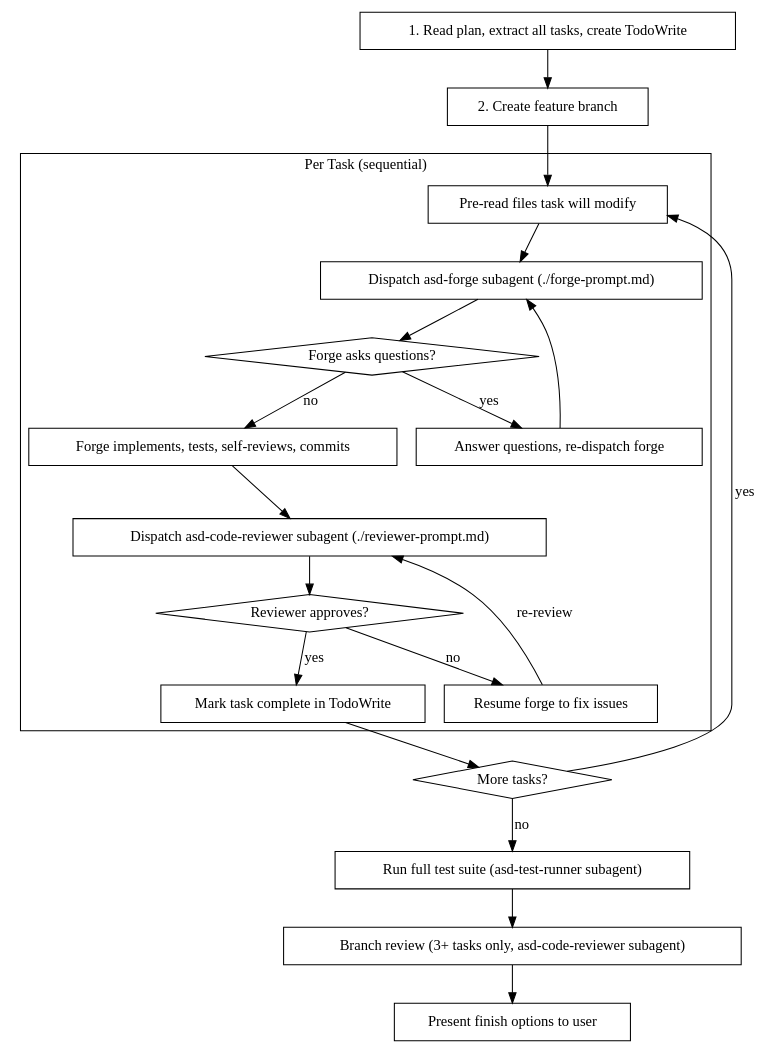
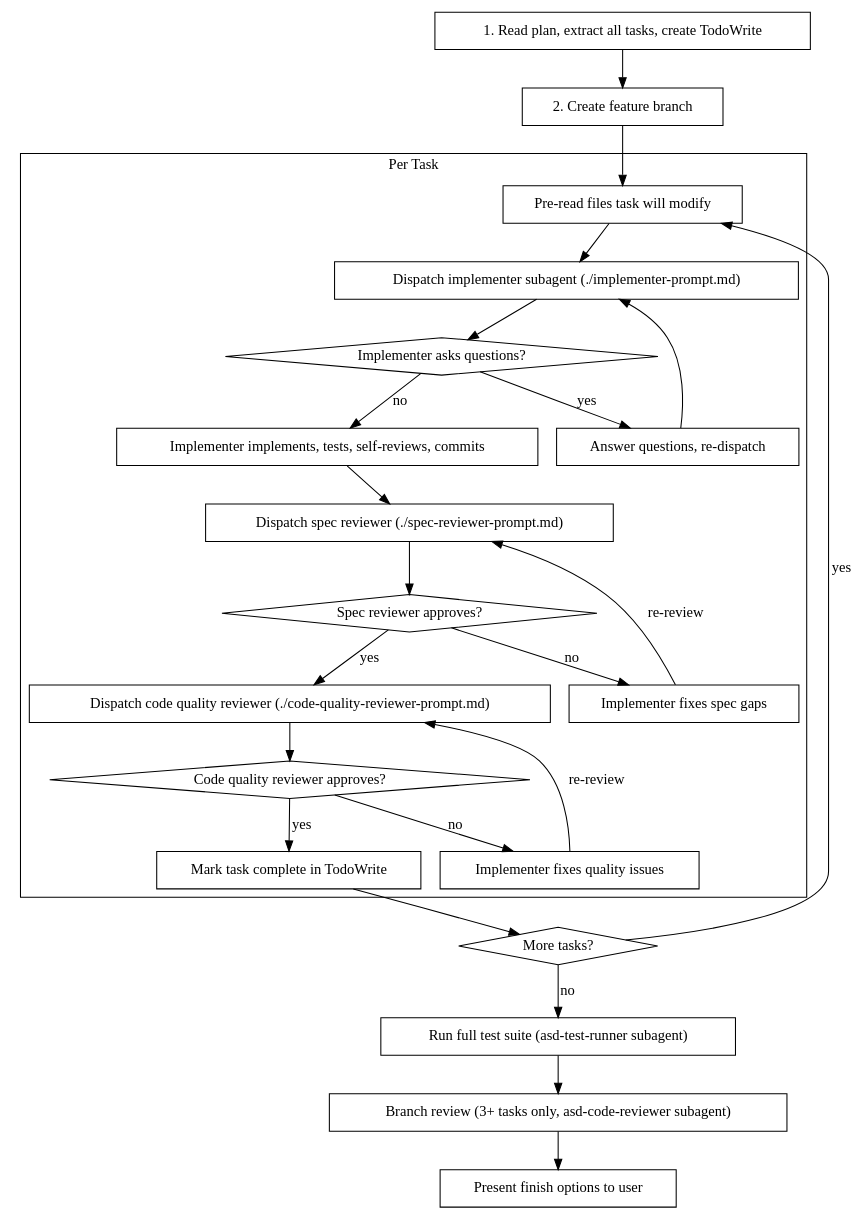
One commit to viminizer/asd changed the diagram in skills/execution-checkpoints/SKILL.md. Above: the diagram before and after it, drawn with Graphviz. The commit also changed other lines of this file and 7 other files, not shown here.

````diff
--- a/skills/execution-checkpoints/SKILL.md
+++ b/skills/execution-checkpoints/SKILL.md
@@ -21,44 +21,51 @@
 ```dot
 digraph process {
     rankdir=TB;
 
     "1. Read plan, extract all tasks, create TodoWrite" [shape=box];
     "2. Create feature branch" [shape=box];
 
     subgraph cluster_per_task {
-        label="Per Task (sequential)";
+        label="Per Task";
         "Pre-read files task will modify" [shape=box];
-        "Dispatch asd-forge subagent (./forge-prompt.md)" [shape=box];
-        "Forge asks questions?" [shape=diamond];
-        "Answer questions, re-dispatch forge" [shape=box];
-        "Forge implements, tests, self-reviews, commits" [shape=box];
-        "Dispatch asd-code-reviewer subagent (./reviewer-prompt.md)" [shape=box];
-        "Reviewer approves?" [shape=diamond];
-        "Resume forge to fix issues" [shape=box];
+        "Dispatch implementer subagent (./implementer-prompt.md)" [shape=box];
+        "Implementer asks questions?" [shape=diamond];
+        "Answer questions, re-dispatch" [shape=box];
+        "Implementer implements, tests, self-reviews, commits" [shape=box];
+        "Dispatch spec reviewer (./spec-reviewer-prompt.md)" [shape=box];
+        "Spec reviewer approves?" [shape=diamond];
+        "Implementer fixes spec gaps" [shape=box];
+        "Dispatch code quality reviewer (./code-quality-reviewer-prompt.md)" [shape=box];
+        "Code quality reviewer approves?" [shape=diamond];
+        "Implementer fixes quality issues" [shape=box];
         "Mark task complete in TodoWrite" [shape=box];
     }
 
     "More tasks?" [shape=diamond];
     "Run full test suite (asd-test-runner subagent)" [shape=box];
     "Branch review (3+ tasks only, asd-code-reviewer subagent)" [shape=box];
     "Present finish options to user" [shape=box];
 
     "1. Read plan, extract all tasks, create TodoWrite" -> "2. Create feature branch";
     "2. Create feature branch" -> "Pre-read files task will modify";
-    "Pre-read files task will modify" -> "Dispatch asd-forge subagent (./forge-prompt.md)";
-    "Dispatch asd-forge subagent (./forge-prompt.md)" -> "Forge asks questions?";
-    "Forge asks questions?" -> "Answer questions, re-dispatch forge" [label="yes"];
-    "Answer questions, re-dispatch forge" -> "Dispatch asd-forge subagent (./forge-prompt.md)";
-    "Forge asks questions?" -> "Forge implements, tests, self-reviews, commits" [label="no"];
-    "Forge implements, tests, self-reviews, commits" -> "Dispatch asd-code-reviewer subagent (./reviewer-prompt.md)";
-    "Dispatch asd-code-reviewer subagent (./reviewer-prompt.md)" -> "Reviewer approves?";
-    "Reviewer approves?" -> "Resume forge to fix issues" [label="no"];
-    "Resume forge to fix issues" -> "Dispatch asd-code-reviewer subagent (./reviewer-prompt.md)" [label="re-review"];
-    "Reviewer approves?" -> "Mark task complete in TodoWrite" [label="yes"];
+    "Pre-read files task will modify" -> "Dispatch implementer subagent (./implementer-prompt.md)";
+    "Dispatch implementer subagent (./implementer-prompt.md)" -> "Implementer asks questions?";
+    "Implementer asks questions?" -> "Answer questions, re-dispatch" [label="yes"];
+    "Answer questions, re-dispatch" -> "Dispatch implementer subagent (./implementer-prompt.md)";
+    "Implementer asks questions?" -> "Implementer implements, tests, self-reviews, commits" [label="no"];
+    "Implementer implements, tests, self-reviews, commits" -> "Dispatch spec reviewer (./spec-reviewer-prompt.md)";
+    "Dispatch spec reviewer (./spec-reviewer-prompt.md)" -> "Spec reviewer approves?";
+    "Spec reviewer approves?" -> "Implementer fixes spec gaps" [label="no"];
+    "Implementer fixes spec gaps" -> "Dispatch spec reviewer (./spec-reviewer-prompt.md)" [label="re-review"];
+    "Spec reviewer approves?" -> "Dispatch code quality reviewer (./code-quality-reviewer-prompt.md)" [label="yes"];
+    "Dispatch code quality reviewer (./code-quality-reviewer-prompt.md)" -> "Code quality reviewer approves?";
+    "Code quality reviewer approves?" -> "Implementer fixes quality issues" [label="no"];
+    "Implementer fixes quality issues" -> "Dispatch code quality reviewer (./code-quality-reviewer-prompt.md)" [label="re-review"];
+    "Code quality reviewer approves?" -> "Mark task complete in TodoWrite" [label="yes"];
     "Mark task complete in TodoWrite" -> "More tasks?";
     "More tasks?" -> "Pre-read files task will modify" [label="yes"];
     "More tasks?" -> "Run full test suite (asd-test-runner subagent)" [label="no"];
     "Run full test suite (asd-test-runner subagent)" -> "Branch review (3+ tasks only, asd-code-reviewer subagent)";
     "Branch review (3+ tasks only, asd-code-reviewer subagent)" -> "Present finish options to user";
 }
 ```
````
